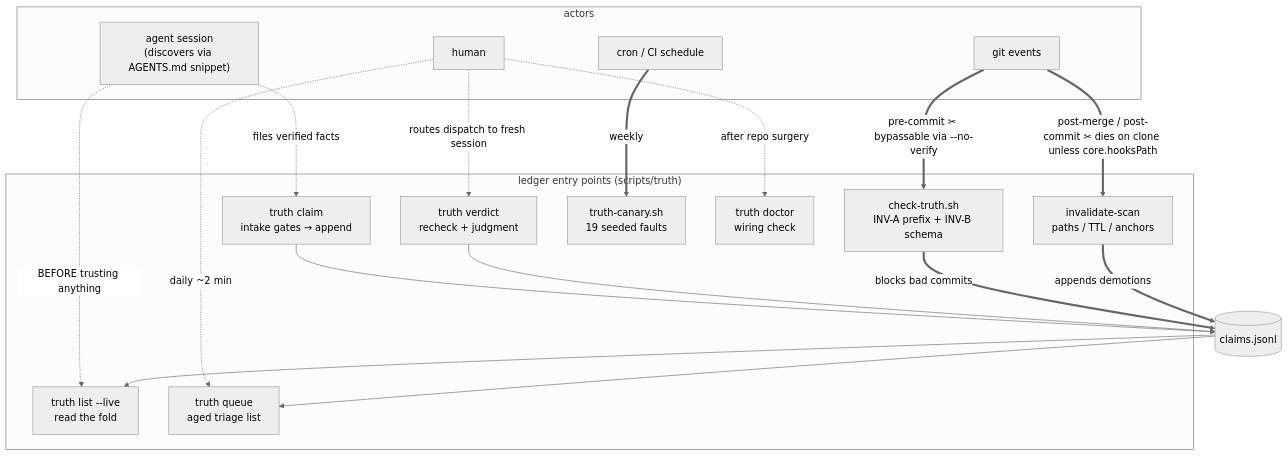
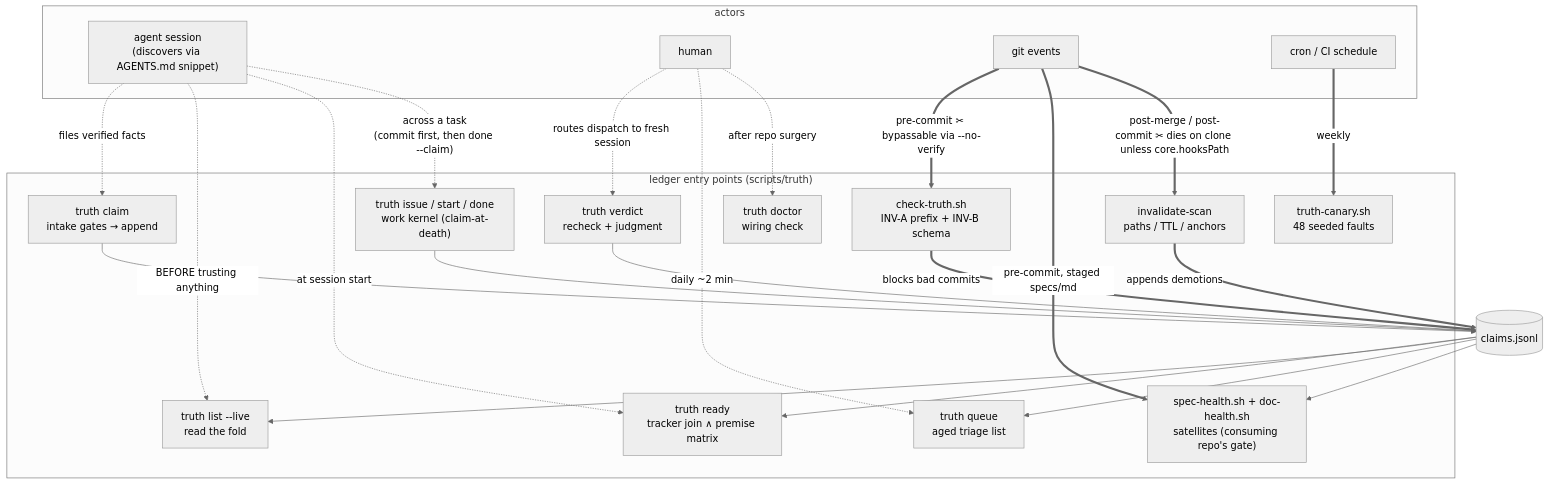
One commit to m1981/truth-ledger changed the first of 4 diagrams in docs/truth-ledger-operations-guide.md. Above: the diagram before and after it, drawn with Mermaid (neutral theme). The commit also changed other lines of this file and 2 other files, not shown here.

````diff
--- a/docs/truth-ledger-operations-guide.md
+++ b/docs/truth-ledger-operations-guide.md
@@ -79,36 +86,44 @@
 ```mermaid
 flowchart TB
     subgraph actors["actors"]
         AG["agent session<br/>(discovers via AGENTS.md snippet)"]
         HU["human"]
         GIT["git events"]
         CRON["cron / CI schedule"]
     end
 
     subgraph cli["ledger entry points (scripts/truth)"]
         CLAIM["truth claim<br/>intake gates → append"]
         LIST["truth list --live<br/>read the fold"]
         VERD["truth verdict<br/>recheck + judgment"]
         QUEUE["truth queue<br/>aged triage list"]
+        READY["truth ready<br/>tracker join ∧ premise matrix"]
+        KERN["truth issue / start / done<br/>work kernel (claim-at-death)"]
         SCAN["invalidate-scan<br/>paths / TTL / anchors"]
         GATE["check-truth.sh<br/>INV-A prefix + INV-B schema"]
-        CAN["truth-canary.sh<br/>19 seeded faults"]
+        SAT["spec-health.sh + doc-health.sh<br/>satellites (consuming repo's gate)"]
+        CAN["truth-canary.sh<br/>48 seeded faults"]
         DOC["truth doctor<br/>wiring check"]
     end
 
     L[("claims.jsonl")]
 
     AG -.->|"files verified facts"| CLAIM --> L
     AG -.->|"BEFORE trusting anything"| LIST
+    AG -.->|"at session start"| READY
+    AG -.->|"across a task<br/>(commit first, then done --claim)"| KERN --> L
+    L --> READY
     L --> LIST
     HU -.->|"routes dispatch to fresh session"| VERD --> L
     HU -.->|"daily ~2 min"| QUEUE
     L --> QUEUE
 
     GIT ==>|"pre-commit ✂ bypassable via --no-verify"| GATE
     GATE ==>|"blocks bad commits"| L
+    GIT ==>|"pre-commit, staged specs/md"| SAT
+    L --> SAT
     GIT ==>|"post-merge / post-commit ✂ dies on clone unless core.hooksPath"| SCAN
     SCAN ==>|"appends demotions"| L
     CRON ==>|"weekly"| CAN
     HU -.->|"after repo surgery"| DOC
 ```
````
